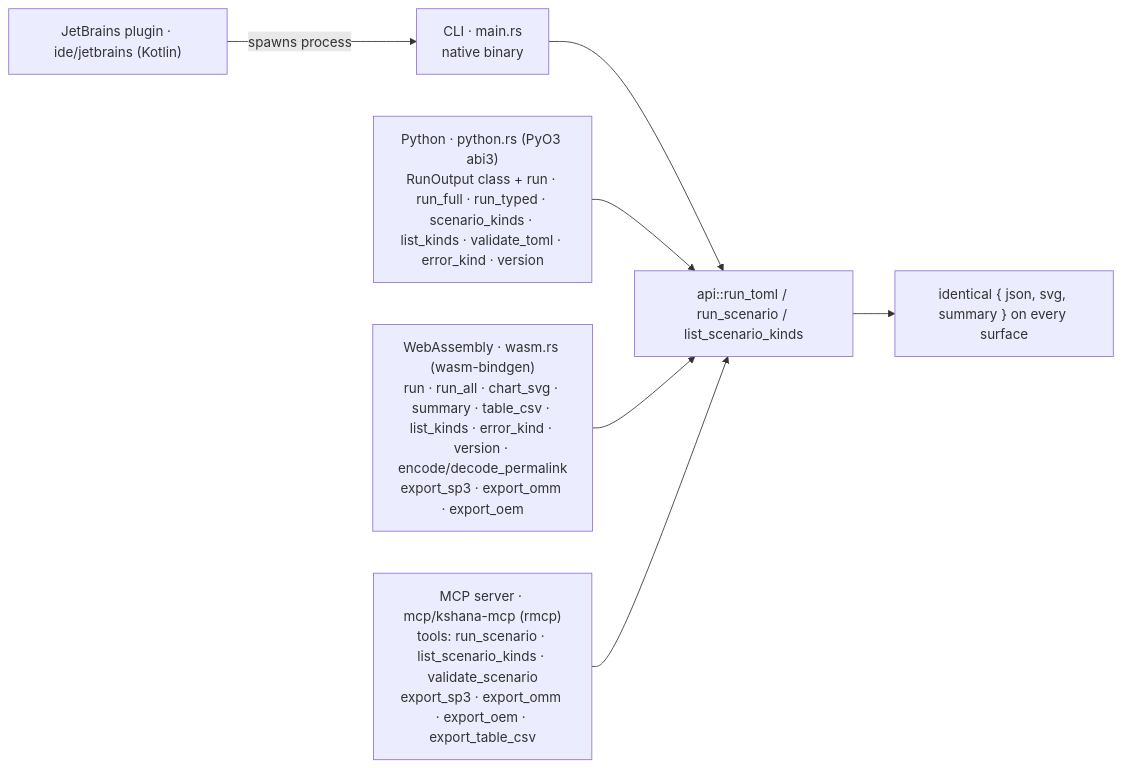
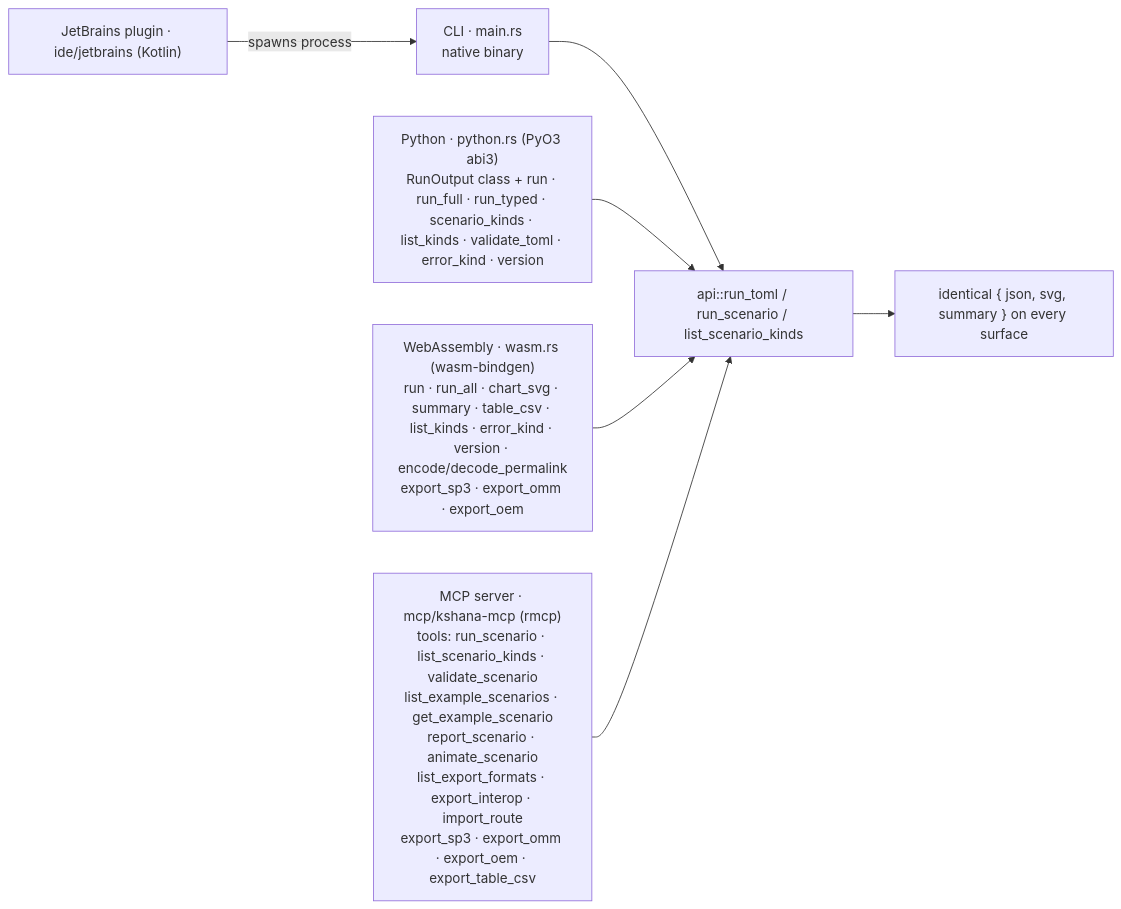
Before and after one commit to ashfordeOU/kshana: diagram 11 of 11 in docs/ARCHITECTURE.md, drawn with Mermaid. The commit also changed other lines of this file and 15 other files, not shown here.

First line of the commit message:
feat(mcp): seven tools so every kind and every view of a run reaches an agent

````diff
--- a/docs/ARCHITECTURE.md
+++ b/docs/ARCHITECTURE.md
@@ -565,9 +568,9 @@
 ```mermaid
 flowchart LR
     cli["CLI · main.rs<br/>native binary"] --> api
     py["Python · python.rs (PyO3 abi3)<br/>RunOutput class + run · run_full · run_typed · scenario_kinds · list_kinds · validate_toml · error_kind · version"] --> api
     wasm["WebAssembly · wasm.rs (wasm-bindgen)<br/>run · run_all · chart_svg · summary · table_csv · list_kinds · error_kind · version · encode/decode_permalink<br/>export_sp3 · export_omm · export_oem"] --> api
-    mcp["MCP server · mcp/kshana-mcp (rmcp)<br/>tools: run_scenario · list_scenario_kinds · validate_scenario<br/>export_sp3 · export_omm · export_oem · export_table_csv"] --> api
+    mcp["MCP server · mcp/kshana-mcp (rmcp)<br/>tools: run_scenario · list_scenario_kinds · validate_scenario<br/>list_example_scenarios · get_example_scenario<br/>report_scenario · animate_scenario<br/>list_export_formats · export_interop · import_route<br/>export_sp3 · export_omm · export_oem · export_table_csv"] --> api
     ide["JetBrains plugin · ide/jetbrains (Kotlin)"] -- spawns process --> cli
     api["api::run_toml / run_scenario / list_scenario_kinds"] --> out["identical { json, svg, summary } on every surface"]
 ```
````
